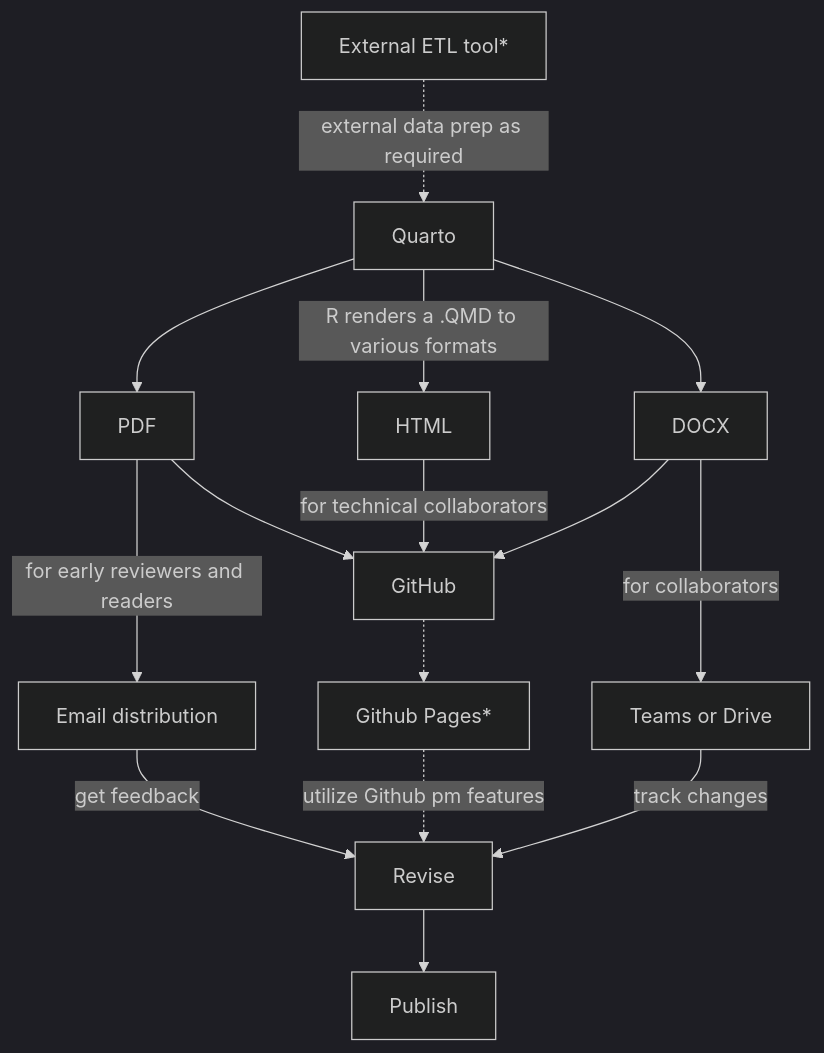
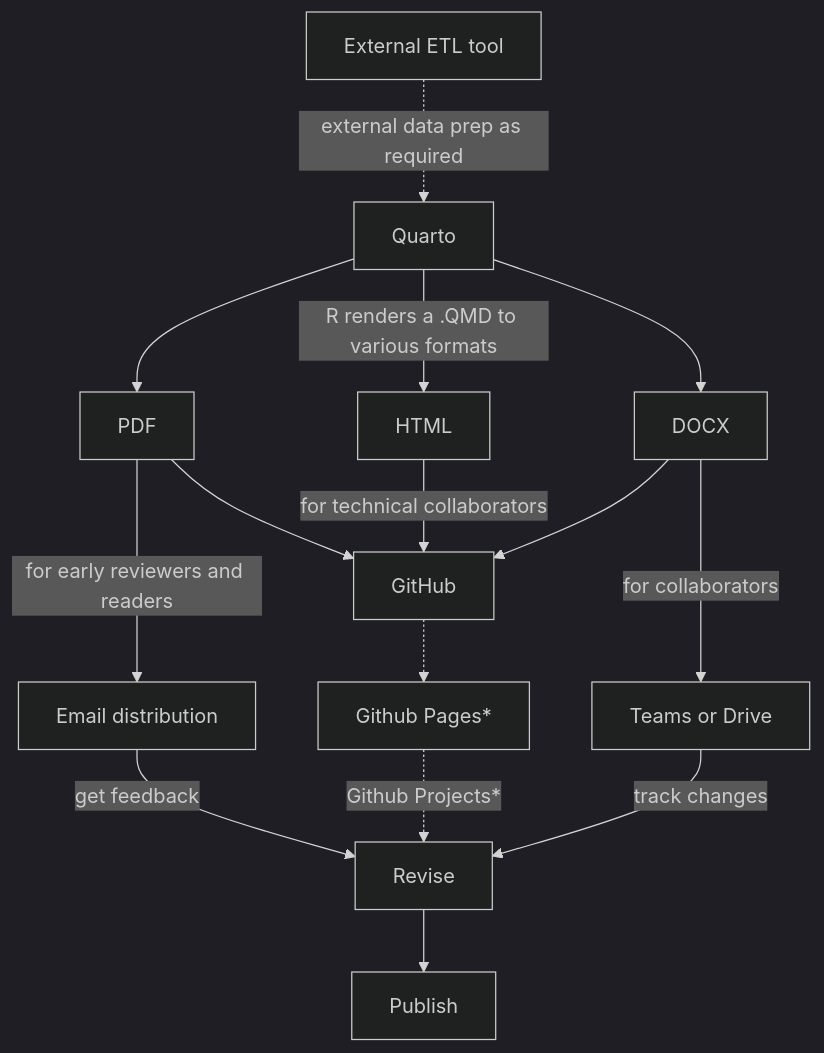
One commit to niboXR/Example-Quarto-Project changed the diagram in analysis-workflow.qmd. Above: the diagram before and after it, drawn with Mermaid (dark theme). The commit also changed other lines of this file and 4 other files, not shown here.

````diff
--- a/analysis-workflow.qmd
+++ b/analysis-workflow.qmd
@@ -14,17 +14,17 @@
 ```{mermaid}
 flowchart TD
-    A[External ETL tool*] -.-> |external data prep as required| B[Quarto]
+    A[External ETL tool] -.-> |external data prep as required| B[Quarto]
     B --> C1[PDF]
     B --> |R renders a .QMD to various formats| C2[HTML]
     B --> C3[DOCX]
     C1 --> |for early reviewers and readers| D1[Email distribution]
     C1 --> D2[GitHub]
     C2 --> |for technical collaborators| D2
     C3 --> D2
     C3 --> |for collaborators| D3[Teams or Drive]
     D1 --> |get feedback| F
     D2 -.-> E1[Github Pages*]
-    E1 -.-> |utilize Github pm features| F[Revise]
+    E1 -.-> |Github Projects*| F[Revise]
     D3 --> |track changes| F
     F --> G[Publish]
 ```
````
